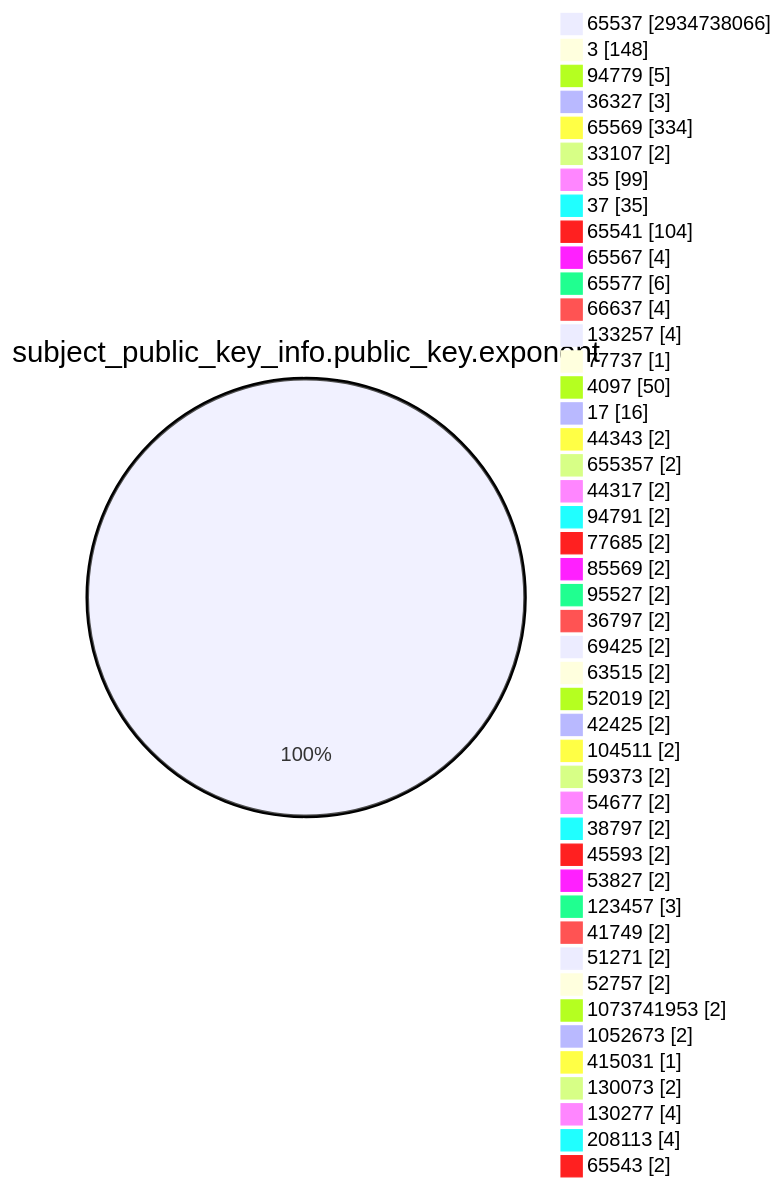
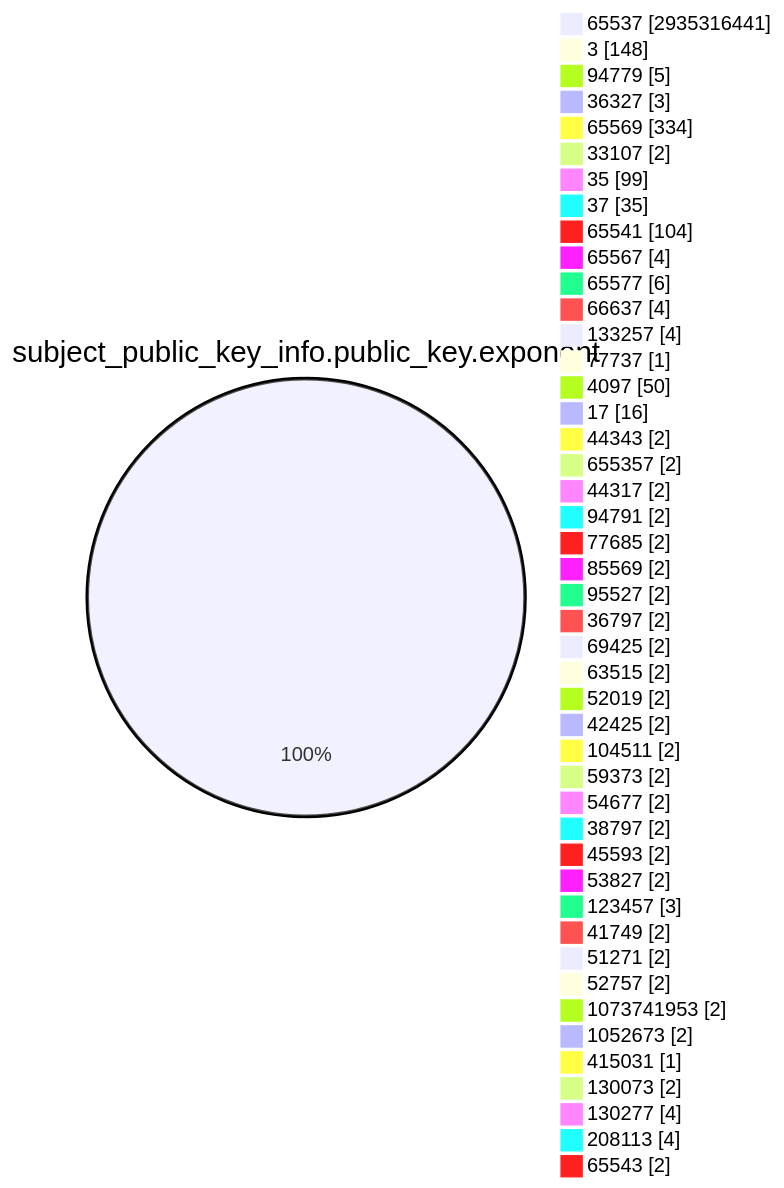
One commit to christiankrug/ctmonitor_visualization changed the fourth of 15 diagrams in TOTAL/README.md. Above: the diagram before and after it, drawn with Mermaid. The commit also changed other lines of this file, not shown here.

````diff
--- a/TOTAL/README.md
+++ b/TOTAL/README.md
@@ -1470,49 +1470,49 @@
 ```mermaid
 pie showData
 title subject_public_key_info.public_key.exponent
-"65537" :2934738066
+"65537" :2935316441
 "3" :148
 "94779" :5
 "36327" :3
 "65569" :334
 "33107" :2
 "35" :99
 "37" :35
 "65541" :104
 "65567" :4
 "65577" :6
 "66637" :4
 "133257" :4
 "77737" :1
 "4097" :50
 "17" :16
 "44343" :2
 "655357" :2
 "44317" :2
 "94791" :2
 "77685" :2
 "85569" :2
 "95527" :2
 "36797" :2
 "69425" :2
 "63515" :2
 "52019" :2
 "42425" :2
 "104511" :2
 "59373" :2
 "54677" :2
 "38797" :2
 "45593" :2
 "53827" :2
 "123457" :3
 "41749" :2
 "51271" :2
 "52757" :2
 "1073741953" :2
 "1052673" :2
 "415031" :1
 "130073" :2
 "130277" :4
 "208113" :4
 "65543" :2
 ```
````
